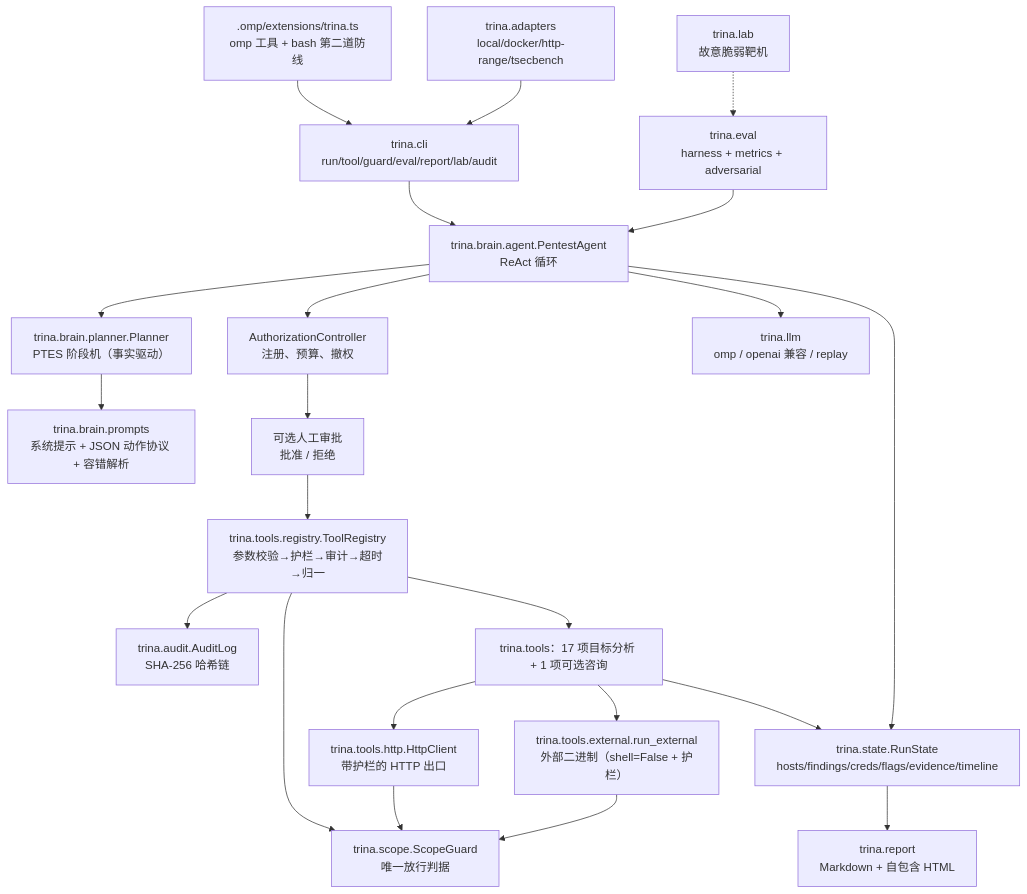
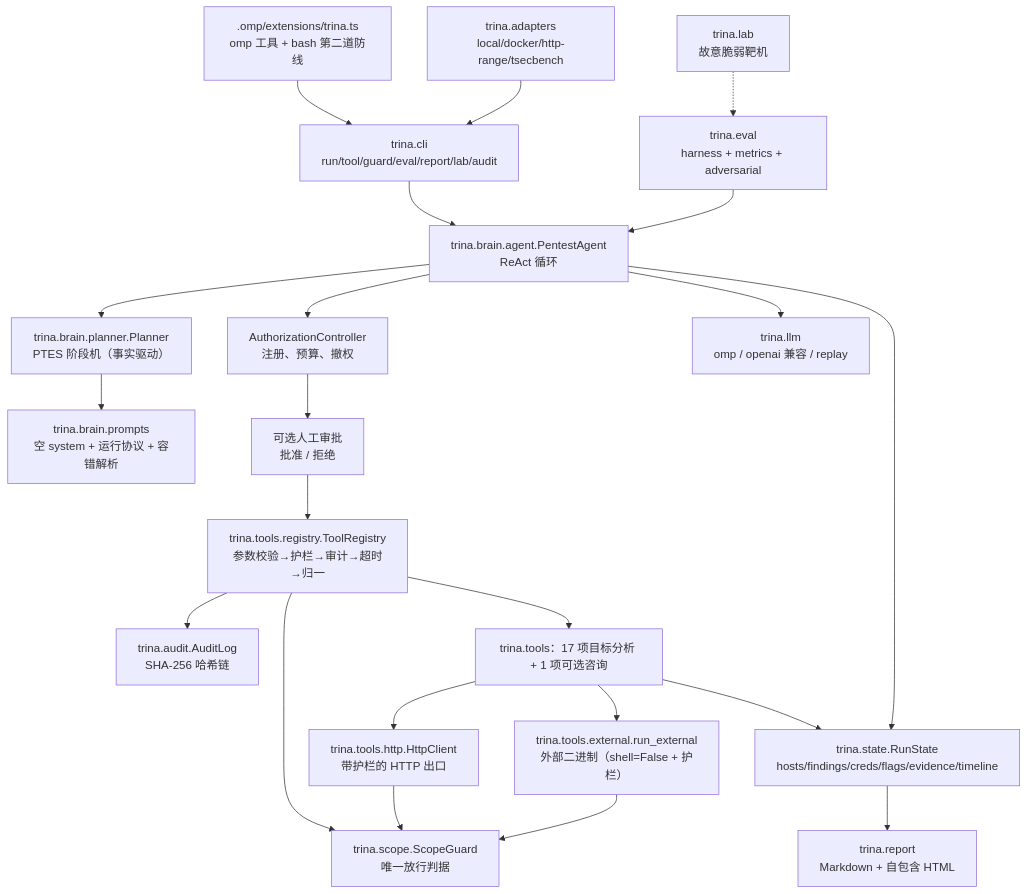
The diagram in docs/ARCHITECTURE.md (YHalo-wyh/Trina), drawn with Mermaid before and after one commit. The commit also changed other lines of this file and 209 other files, not shown here.

````diff
--- a/docs/ARCHITECTURE.md
+++ b/docs/ARCHITECTURE.md
@@ -11,39 +11,39 @@
 ```mermaid
 flowchart TB
     CLI["trina.cli<br/>run/tool/guard/eval/report/lab/audit"]
     OMPEXT[".omp/extensions/trina.ts<br/>omp 工具 + bash 第二道防线"]
     AGENT["trina.brain.agent.PentestAgent<br/>ReAct 循环"]
     PLANNER["trina.brain.planner.Planner<br/>PTES 阶段机（事实驱动）"]
-    PROMPTS["trina.brain.prompts<br/>系统提示 + JSON 动作协议 + 容错解析"]
+    PROMPTS["trina.brain.prompts<br/>空 system + 运行协议 + 容错解析"]
     POLICY["AuthorizationController<br/>注册、预算、撤权"]
     APPROVAL["可选人工审批<br/>批准 / 拒绝"]
     REG["trina.tools.registry.ToolRegistry<br/>参数校验→护栏→审计→超时→归一"]
     GUARD["trina.scope.ScopeGuard<br/>唯一放行判据"]
     AUDIT["trina.audit.AuditLog<br/>SHA-256 哈希链"]
     STATE["trina.state.RunState<br/>hosts/findings/creds/flags/evidence/timeline"]
     TOOLS["trina.tools：17 项目标分析 + 1 项可选咨询"]
     HTTP["trina.tools.http.HttpClient<br/>带护栏的 HTTP 出口"]
     EXT["trina.tools.external.run_external<br/>外部二进制（shell=False + 护栏）"]
     LLM["trina.llm<br/>omp / openai 兼容 / replay"]
     ADAPT["trina.adapters<br/>local/docker/http-range/tsecbench"]
     EVAL["trina.eval<br/>harness + metrics + adversarial"]
     LAB["trina.lab<br/>故意脆弱靶机"]
     REPORT["trina.report<br/>Markdown + 自包含 HTML"]
 
     CLI --> AGENT
     OMPEXT --> CLI
     AGENT --> PLANNER --> PROMPTS
     AGENT --> LLM
     AGENT --> POLICY --> APPROVAL --> REG
     REG --> GUARD
     REG --> AUDIT
     REG --> TOOLS
     TOOLS --> HTTP --> GUARD
     TOOLS --> EXT --> GUARD
     TOOLS --> STATE
     AGENT --> STATE
     STATE --> REPORT
     ADAPT --> CLI
     EVAL --> AGENT
     LAB -.-> EVAL
 ```
````
